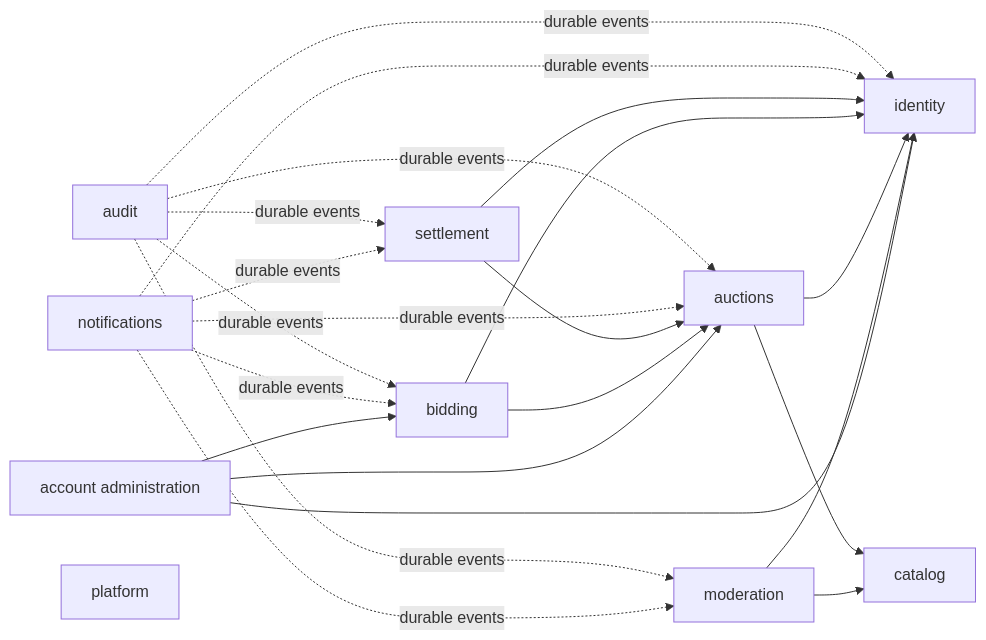
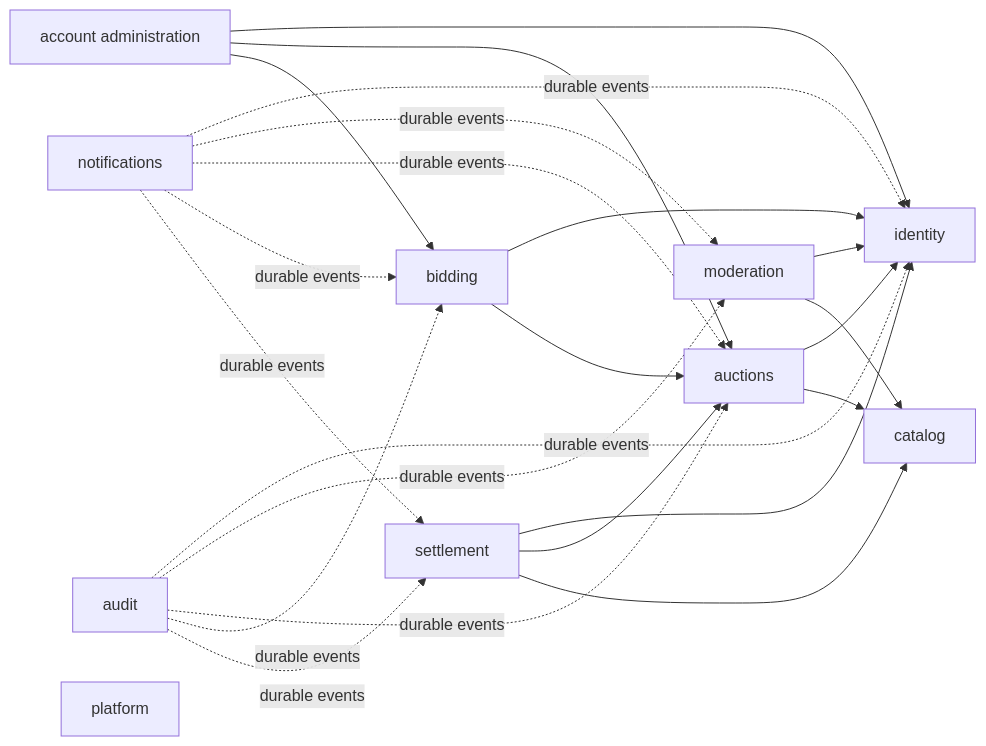
One commit to klisman99/collectors-auction-platform changed the diagram in docs/architecture/modules.md. Above: the diagram before and after it, drawn with Mermaid. The commit also changed other lines of this file and 29 other files, not shown here.

```diff
--- a/docs/architecture/modules.md
+++ b/docs/architecture/modules.md
@@ -7,35 +7,36 @@
 ~~~mermaid
 flowchart LR
     Identity[identity]
     AccountAdministration[account administration]
     Catalog[catalog]
     Moderation[moderation]
     Auctions[auctions]
     Bidding[bidding]
     Settlement[settlement]
     Notifications[notifications]
     Audit[audit]
     Platform[platform]
 
     AccountAdministration --> Identity
     AccountAdministration --> Auctions
     AccountAdministration --> Bidding
     Moderation --> Identity
     Moderation --> Catalog
     Auctions --> Identity
     Auctions --> Catalog
     Bidding --> Identity
     Bidding --> Auctions
     Settlement --> Identity
     Settlement --> Auctions
+    Settlement --> Catalog
     Notifications -. durable events .-> Identity
     Notifications -. durable events .-> Moderation
     Notifications -. durable events .-> Auctions
     Notifications -. durable events .-> Bidding
     Notifications -. durable events .-> Settlement
     Audit -. durable events .-> Identity
     Audit -. durable events .-> Moderation
     Audit -. durable events .-> Auctions
     Audit -. durable events .-> Bidding
     Audit -. durable events .-> Settlement
 ~~~
```
